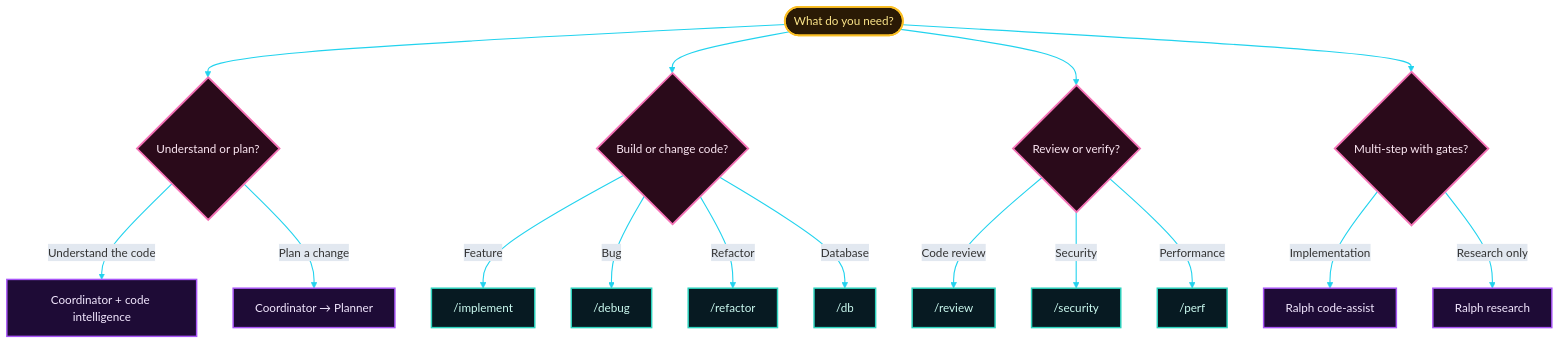
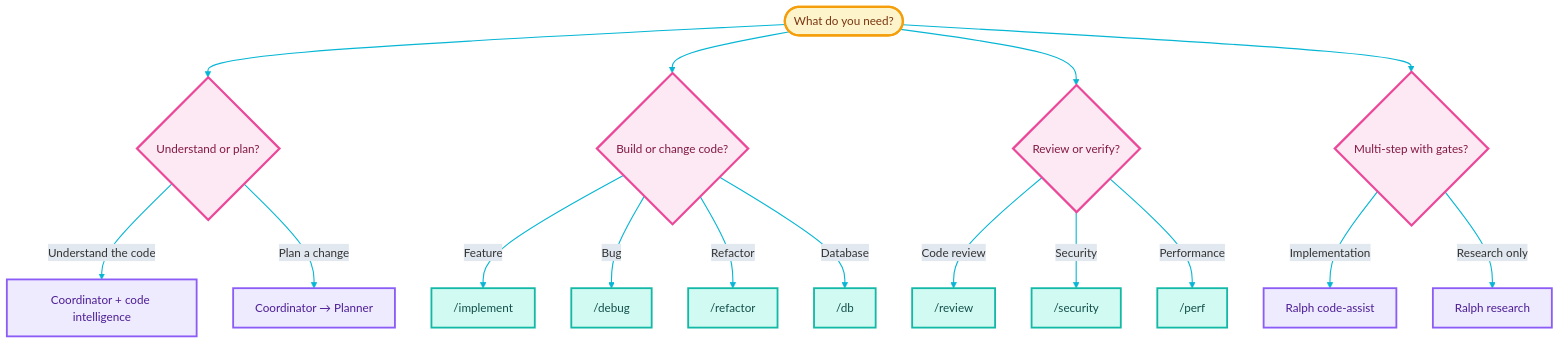
The third of 6 diagrams in README.md (GabrielAlmeidaFlores/OPENCODE-TOOL-ENHANCER), drawn with Mermaid before and after one commit. The commit also changed other lines of this file and 4 other files, not shown here.

Commit message:
docs: switch Mermaid diagrams to a translucent glass-neon palette

````diff
--- a/README.md
+++ b/README.md
@@ -293,32 +293,32 @@
 ```mermaid
-%%{init: {"theme":"base","themeVariables":{"fontFamily":"Inter, system-ui, sans-serif","lineColor":"#22D3EE","edgeLabelBackground":"#E2E8F0"}}}%%
+%%{init: {"theme":"base","themeVariables":{"fontFamily":"Inter, system-ui, sans-serif","lineColor":"#06B6D4","edgeLabelBackground":"#E2E8F0"}}}%%
 flowchart TD
     S([What do you need?]) --> Q1{Understand or plan?}
     Q1 -->|Understand the code| A1[Coordinator + code intelligence]
     Q1 -->|Plan a change| A2[Coordinator → Planner]
 
     S --> Q2{Build or change code?}
     Q2 -->|Feature| B1["/implement"]
     Q2 -->|Bug| B2["/debug"]
     Q2 -->|Refactor| B3["/refactor"]
     Q2 -->|Database| B4["/db"]
 
     S --> Q3{Review or verify?}
     Q3 -->|Code review| C1["/review"]
     Q3 -->|Security| C2["/security"]
     Q3 -->|Performance| C3["/perf"]
 
     S --> Q4{Multi-step with gates?}
     Q4 -->|Implementation| D1[Ralph code-assist]
     Q4 -->|Research only| D2[Ralph research]
 
-    classDef start fill:#2A1A05,stroke:#FBBF24,stroke-width:2.5px,color:#FDE68A
-    classDef question fill:#2A0A1A,stroke:#F472B6,stroke-width:2.5px,color:#FCE7F3
-    classDef action fill:#1E0B36,stroke:#A855F7,stroke-width:2px,color:#F3E8FF
-    classDef command fill:#071A22,stroke:#2DD4BF,stroke-width:2px,color:#CCFBF1
+    classDef start fill:#FEF3C7,fill-opacity:0.9,stroke:#F59E0B,stroke-width:3px,color:#78350F
+    classDef question fill:#FCE7F3,fill-opacity:0.9,stroke:#EC4899,stroke-width:3px,color:#831843
+    classDef action fill:#EDE9FE,fill-opacity:0.9,stroke:#8B5CF6,stroke-width:2.5px,color:#4C1D95
+    classDef command fill:#CCFBF1,fill-opacity:0.9,stroke:#14B8A6,stroke-width:2.5px,color:#134E4A
     class S start
     class Q1,Q2,Q3,Q4 question
     class A1,A2,D1,D2 action
     class B1,B2,B3,B4,C1,C2,C3 command
-    linkStyle default stroke:#22D3EE,stroke-width:1.5px
+    linkStyle default stroke:#06B6D4,stroke-width:1.5px
 ```
````
